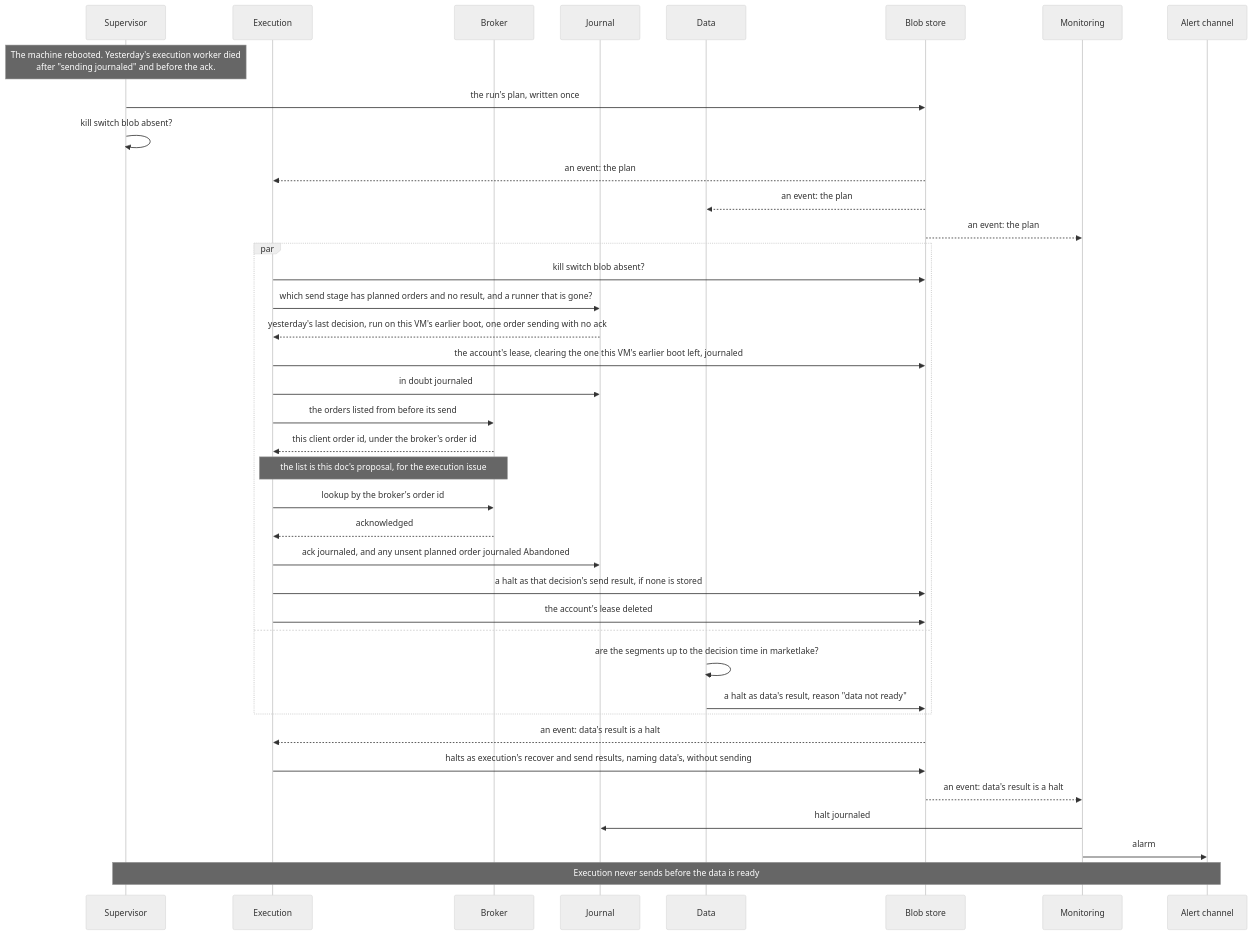
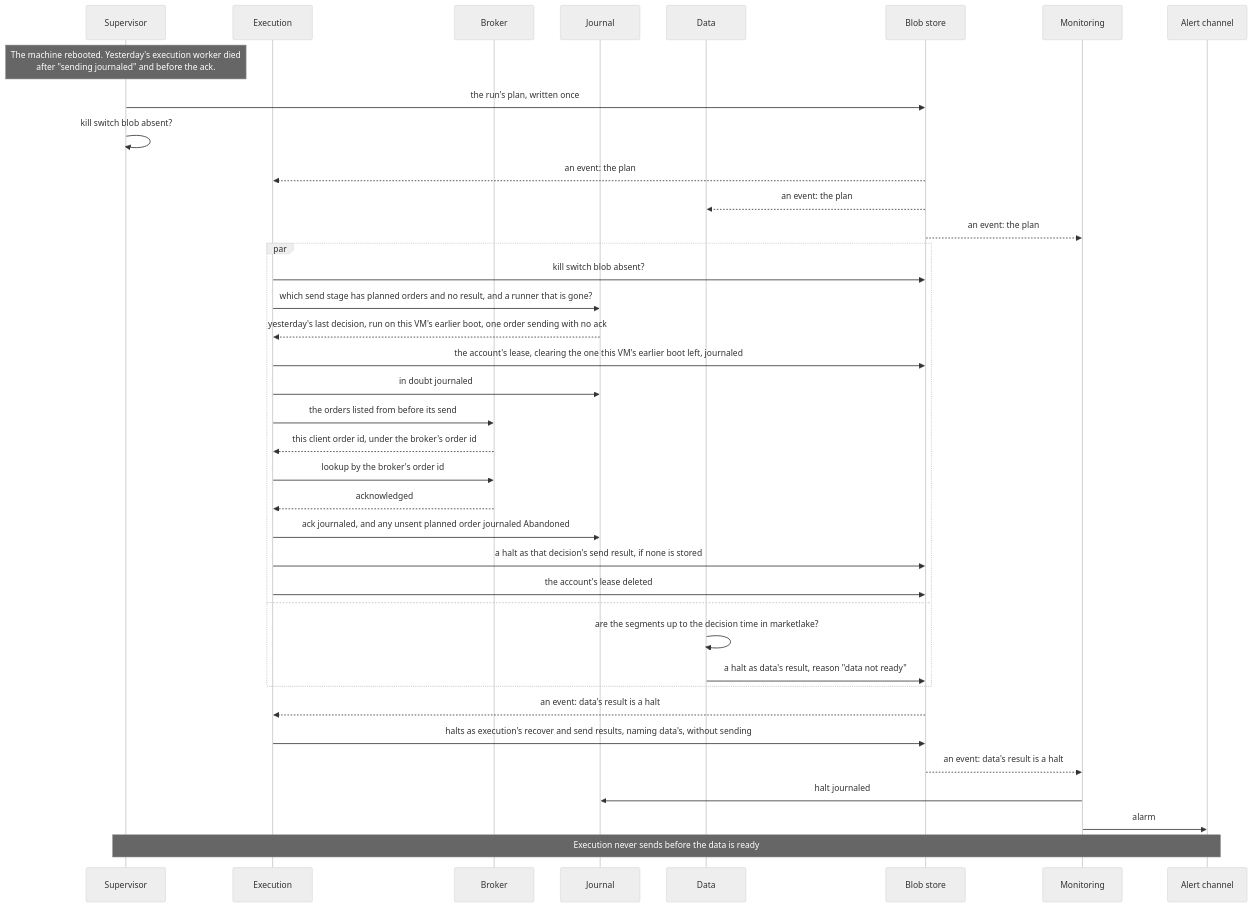
Diagram 22 of 34 in docs/architecture.md (l3a0/ithildin-runtime), drawn with Mermaid (neutral theme) before and after one commit. The commit also changed other lines of this file and 2 other files, not shown here.

First line of the commit message:
docs: rule the order list as how Alpaca's adapter pairs

````diff
--- a/docs/architecture.md
+++ b/docs/architecture.md
@@ -1243,42 +1242,41 @@
 ```mermaid
 sequenceDiagram
     participant V as Supervisor
     participant X as Execution
     participant B as Broker
     participant J as Journal
     participant D as Data
     participant F as Blob store
     participant M as Monitoring
     participant L as Alert channel
 
     Note over V: The machine rebooted. Yesterday's execution worker died<br/>after "sending journaled" and before the ack.
     V->>F: the run's plan, written once
     V->>V: kill switch blob absent?
     F-->>X: an event: the plan
     F-->>D: an event: the plan
     F-->>M: an event: the plan
     par
         X->>F: kill switch blob absent?
         X->>J: which send stage has planned orders and no result, and a runner that is gone?
         J-->>X: yesterday's last decision, run on this VM's earlier boot, one order sending with no ack
         X->>F: the account's lease, clearing the one this VM's earlier boot left, journaled
         X->>J: in doubt journaled
         X->>B: the orders listed from before its send
         B-->>X: this client order id, under the broker's order id
-        Note over X,B: the list is this doc's proposal, for the execution issue
         X->>B: lookup by the broker's order id
         B-->>X: acknowledged
         X->>J: ack journaled, and any unsent planned order journaled Abandoned
         X->>F: a halt as that decision's send result, if none is stored
         X->>F: the account's lease deleted
     and
         D->>D: are the segments up to the decision time in marketlake?
         D->>F: a halt as data's result, reason "data not ready"
     end
     F-->>X: an event: data's result is a halt
     X->>F: halts as execution's recover and send results, naming data's, without sending
     F-->>M: an event: data's result is a halt
     M->>J: halt journaled
     M->>L: alarm
     Note over V,L: Execution never sends before the data is ready
 ```
````
